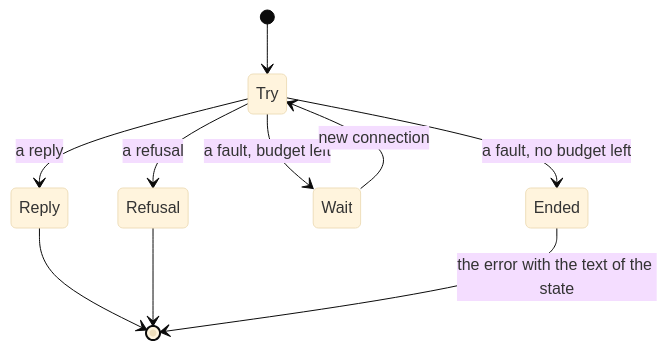
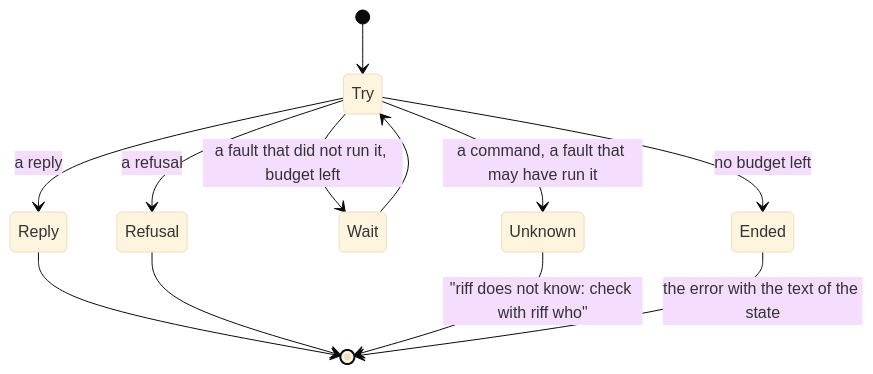
Before and after one commit to como-technologies/riff: the second of 5 diagrams in docs/src/design-link.md, drawn with Mermaid (base theme). The commit also changed other lines of this file and 1 other file, not shown here.

````diff
--- a/docs/src/design-link.md
+++ b/docs/src/design-link.md
@@ -133,12 +164,14 @@
 ```mermaid
 stateDiagram-v2
     [*] --> Try
     Try --> Reply: a reply
     Try --> Refusal: a refusal
-    Try --> Wait: a fault, budget left
-    Try --> Ended: a fault, no budget left
-    Wait --> Try: new connection
+    Try --> Wait: a fault that did not run it, budget left
+    Try --> Unknown: a command, a fault that may have run it
+    Try --> Ended: no budget left
+    Wait --> Try
     Reply --> [*]
     Refusal --> [*]
+    Unknown --> [*]: "riff does not know: check with riff who"
     Ended --> [*]: the error with the text of the state
 ```
````
